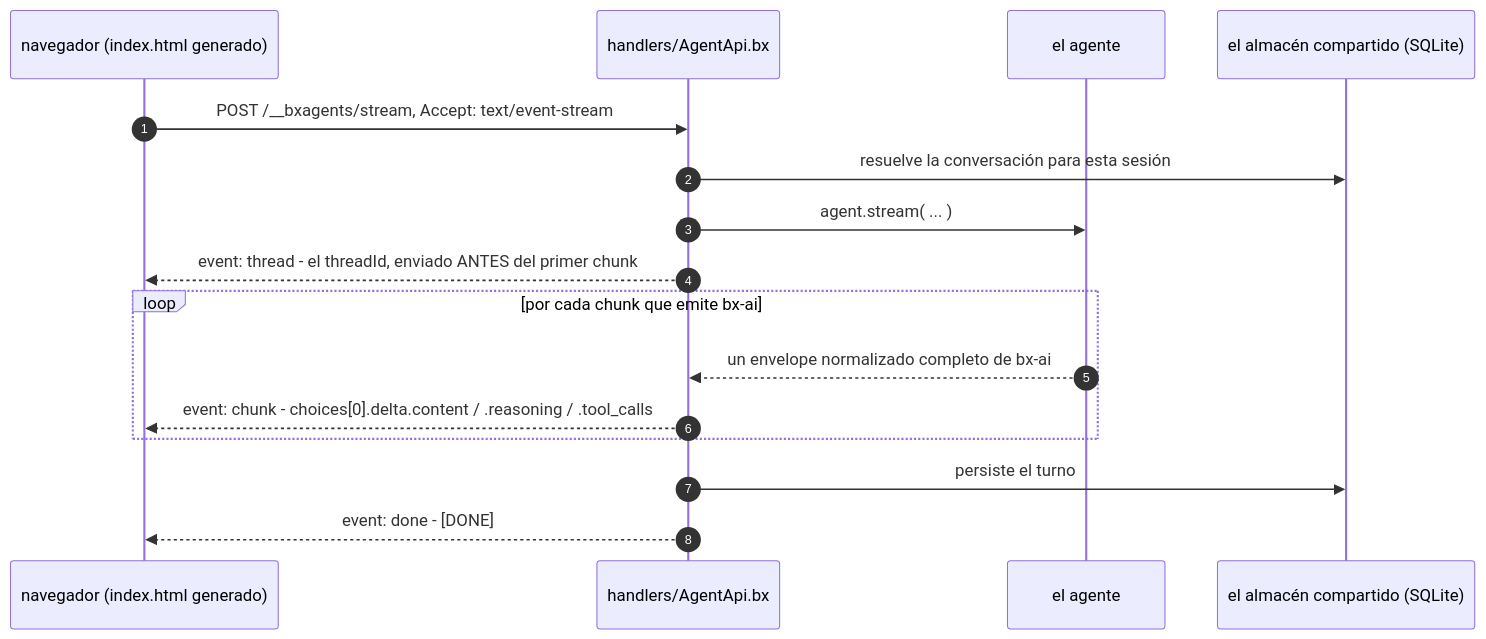
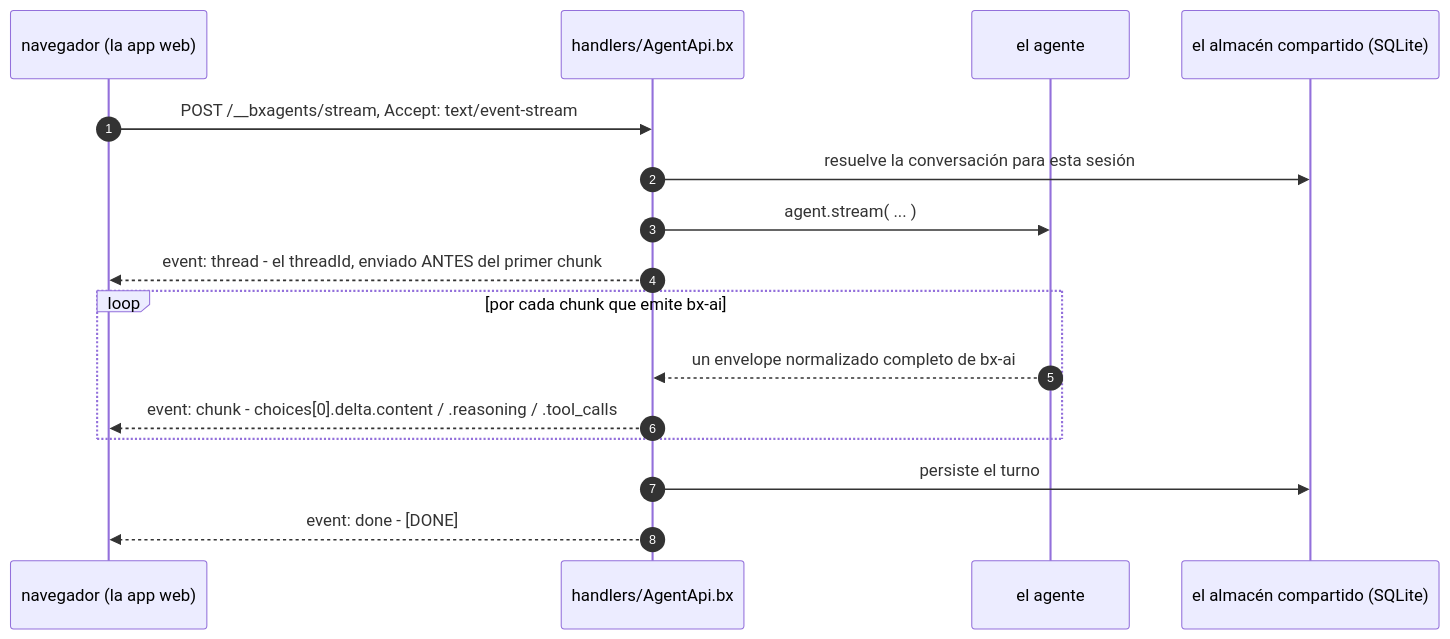
Before and after one commit to ortus-boxlang/bx-agents: the diagram in docs/versions/1.0.x/i18n/es/conventions/web-ui.md, drawn with Mermaid. The commit also changed other lines of this file and 61 other files, not shown here.

````diff
--- a/docs/versions/1.0.x/i18n/es/conventions/web-ui.md
+++ b/docs/versions/1.0.x/i18n/es/conventions/web-ui.md
@@ -200,19 +206,19 @@
 ```mermaid
 sequenceDiagram
     autonumber
-    participant B as navegador (index.html generado)
+    participant B as navegador (la app web)
     participant H as handlers/AgentApi.bx
     participant A as el agente
     participant D as el almacén compartido (SQLite)
 
     B->>H: POST /__bxagents/stream, Accept: text/event-stream
     H->>D: resuelve la conversación para esta sesión
     H->>A: agent.stream( ... )
     H-->>B: event: thread - el threadId, enviado ANTES del primer chunk
     loop por cada chunk que emite bx-ai
         A-->>H: un envelope normalizado completo de bx-ai
         H-->>B: event: chunk - choices[0].delta.content / .reasoning / .tool_calls
     end
     H->>D: persiste el turno
     H-->>B: event: done - [DONE]
 ```
````
